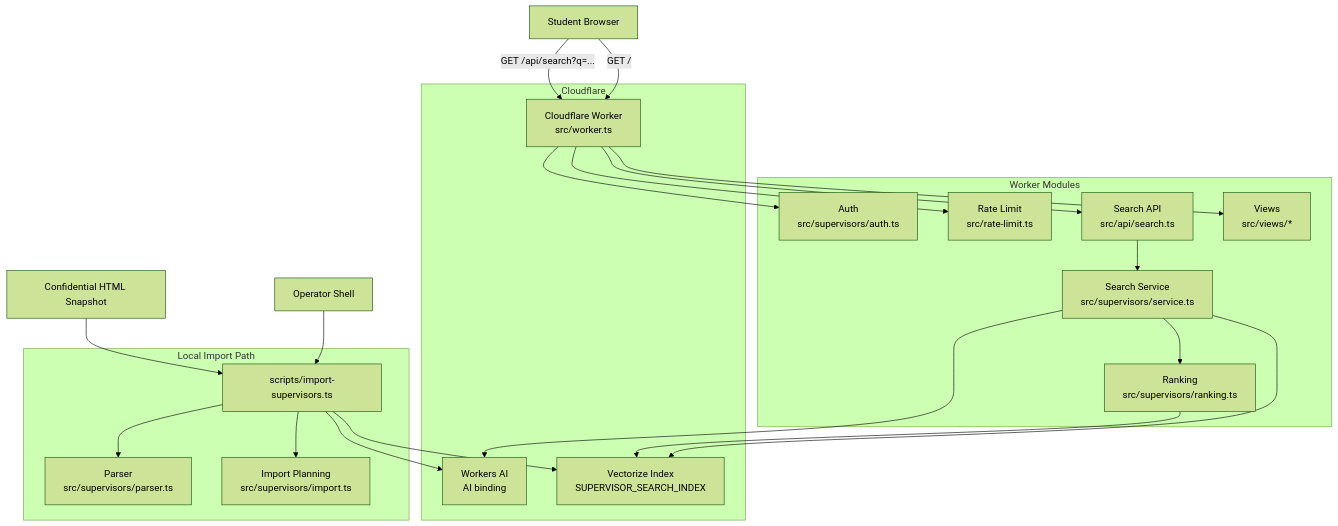
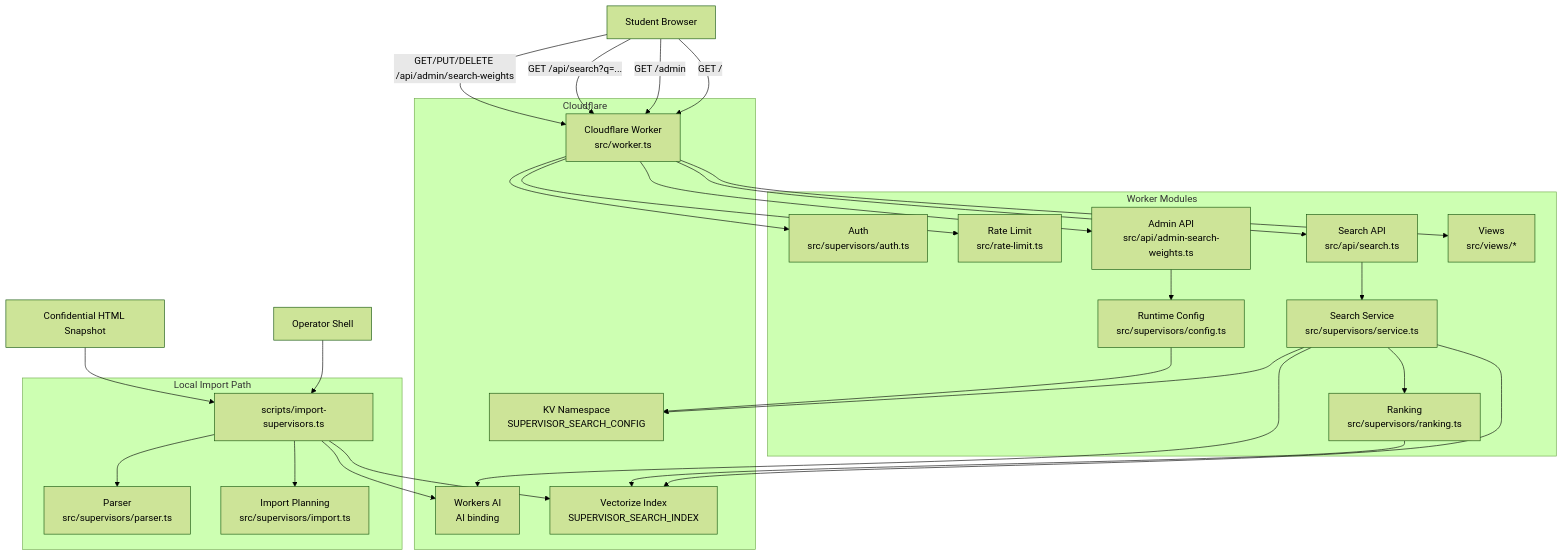
One commit to bebraw/supervisor-search changed the diagram in docs/architecture.md. Above: the diagram before and after it, drawn with Mermaid (forest theme). The commit also changed other lines of this file and 22 other files, not shown here.

Commit message:
feat(admin): add runtime search weight tuning

````diff
--- a/docs/architecture.md
+++ b/docs/architecture.md
@@ -25,46 +27,55 @@
 ```mermaid
 flowchart TD
     user[Student Browser]
     operator[Operator Shell]
     html[Confidential HTML Snapshot]
 
     subgraph Cloudflare
       worker[Cloudflare Worker\nsrc/worker.ts]
       ai[Workers AI\nAI binding]
       vectorize[Vectorize Index\nSUPERVISOR_SEARCH_INDEX]
+      configKv[KV Namespace\nSUPERVISOR_SEARCH_CONFIG]
     end
 
     subgraph WorkerCode[Worker Modules]
       auth[Auth\nsrc/supervisors/auth.ts]
       rate[Rate Limit\nsrc/rate-limit.ts]
       api[Search API\nsrc/api/search.ts]
+      adminApi[Admin API\nsrc/api/admin-search-weights.ts]
       service[Search Service\nsrc/supervisors/service.ts]
+      config[Runtime Config\nsrc/supervisors/config.ts]
       ranking[Ranking\nsrc/supervisors/ranking.ts]
       views[Views\nsrc/views/*]
     end
 
     subgraph ImportPath[Local Import Path]
       importScript[scripts/import-supervisors.ts]
       parser[Parser\nsrc/supervisors/parser.ts]
       importLogic[Import Planning\nsrc/supervisors/import.ts]
     end
 
     user -->|GET /| worker
+    user -->|GET /admin| worker
     user -->|GET /api/search?q=...| worker
+    user -->|GET/PUT/DELETE /api/admin/search-weights| worker
     worker --> auth
     worker --> rate
     worker --> api
+    worker --> adminApi
     worker --> views
     api --> service
+    adminApi --> config
     service --> ai
     service --> vectorize
+    service --> configKv
+    config --> configKv
     service --> ranking
     ranking --> vectorize
 
     operator --> importScript
     html --> importScript
     importScript --> parser
     importScript --> importLogic
     importScript --> ai
     importScript --> vectorize
 ```
````
